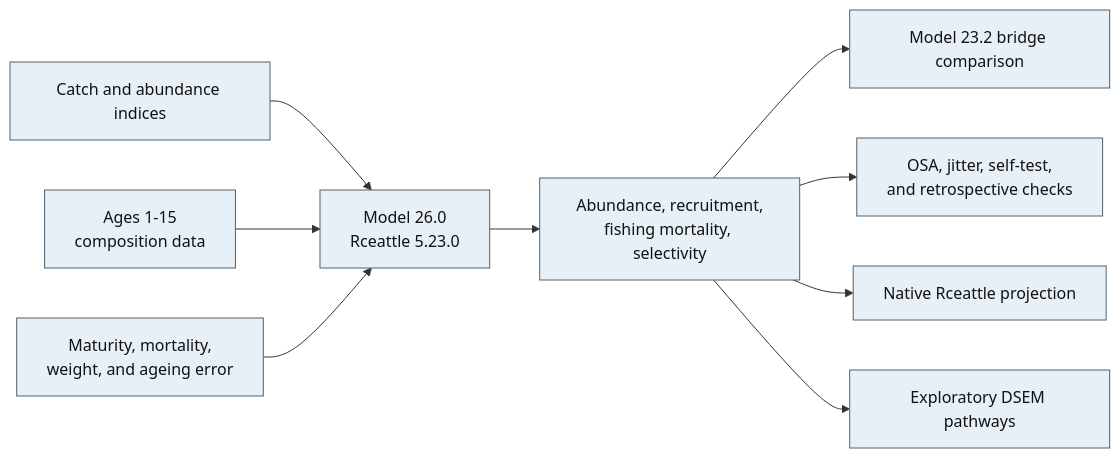
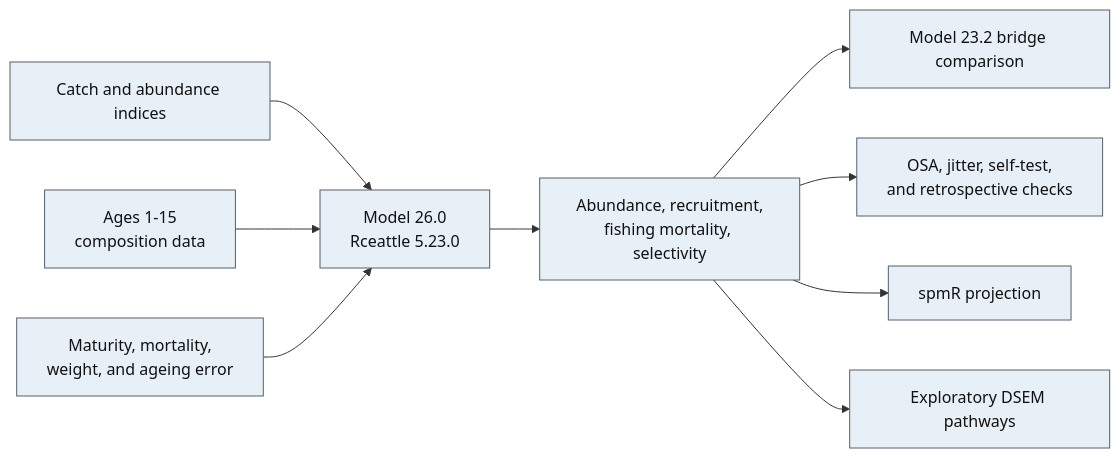
Before and after one commit to noaa-afsc/EBS_pollock: the second of 2 diagrams in doc/EBSpollock_Sept_2026.qmd, drawn with Mermaid. The commit also changed other lines of this file and 28 other files, not shown here.

Commit message:
Correct Model 26 retrospectives and add spmR projections

````diff
--- a/doc/EBSpollock_Sept_2026.qmd
+++ b/doc/EBSpollock_Sept_2026.qmd
@@ -258,19 +260,19 @@
 ```{mermaid}
 %%| label: fig-model-26-approach
 %%| fig-cap: "Data and calculation flow for the simple Model 26.0 Rceattle analysis."
-%%| fig-alt: "Fishery catch, survey and abundance indices, age compositions, and biological schedules enter the Rceattle population model. The model estimates annual abundance, recruitment, fishing mortality, and selectivity. The fitted model is then compared with the Model 23.2 bridge and used for OSA residuals, jitter tests, self-tests, retrospective analysis, native projections, and exploratory DSEM pathways."
+%%| fig-alt: "Fishery catch, survey and abundance indices, age compositions, and biological schedules enter the Rceattle population model. The model estimates annual abundance, recruitment, fishing mortality, and selectivity. The fitted model is then compared with the Model 23.2 bridge and used for OSA residuals, jitter tests, self-tests, retrospective analysis, Standard Projection Model projections, and exploratory DSEM pathways."
 
 flowchart LR
   accTitle: Simple Model 26.0 data and analysis flow
   accDescr: Assessment observations and biological schedules enter the simple Rceattle population model. Its fitted states support the bridge comparison, diagnostics, projection, and exploratory DSEM analyses.
   A["Catch and abundance indices"] --> M["Model 26.0<br/>Rceattle 5.23.0"]
   B["Ages 1-15<br/>composition data"] --> M
   C["Maturity, mortality,<br/>weight, and ageing error"] --> M
   M --> S["Abundance, recruitment,<br/>fishing mortality, selectivity"]
   S --> V["Model 23.2 bridge comparison"]
   S --> D["OSA, jitter, self-test,<br/>and retrospective checks"]
-  S --> P["Native Rceattle projection"]
+  S --> P["spmR projection"]
   S --> E["Exploratory DSEM pathways"]
   classDef input fill:#e8f0f7,stroke:#52616b,color:#111111
   class A,B,C,M,S,V,D,P,E input
 ```
````
